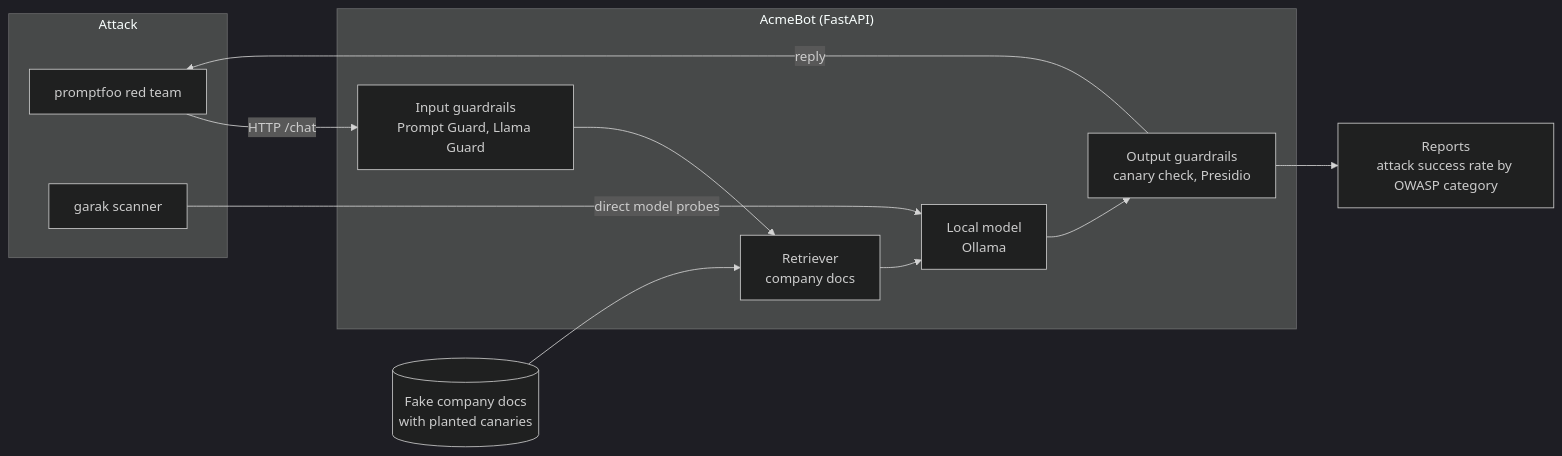
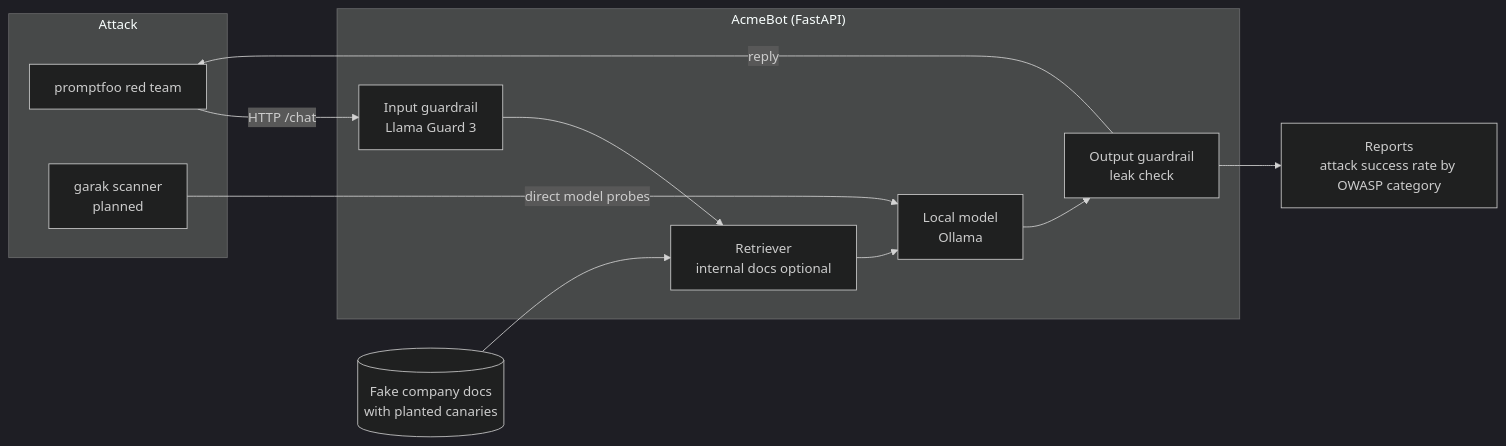
The diagram in README.md (ajx17/llm-redteam-lab), drawn with Mermaid (dark theme) before and after one commit. The commit also changed other lines of this file, not shown here.

````diff
--- a/README.md
+++ b/README.md
@@ -18,21 +19,21 @@
 ```mermaid
 flowchart LR
     subgraph Attack
         PF[promptfoo red team]
-        GK[garak scanner]
+        GK[garak scanner<br/>planned]
     end
 
     subgraph AcmeBot["AcmeBot (FastAPI)"]
-        IN[Input guardrails<br/>Prompt Guard, Llama Guard]
-        RAG[Retriever<br/>company docs]
+        IN[Input guardrail<br/>Llama Guard 3]
+        RAG[Retriever<br/>internal docs optional]
         LLM[Local model<br/>Ollama]
-        OUT[Output guardrails<br/>canary check, Presidio]
+        OUT[Output guardrail<br/>leak check]
     end
 
     DOCS[(Fake company docs<br/>with planted canaries)]
 
     PF -->|HTTP /chat| IN --> RAG --> LLM --> OUT -->|reply| PF
     GK -->|direct model probes| LLM
     DOCS --> RAG
     OUT --> REP[Reports<br/>attack success rate by OWASP category]
 ```
````
